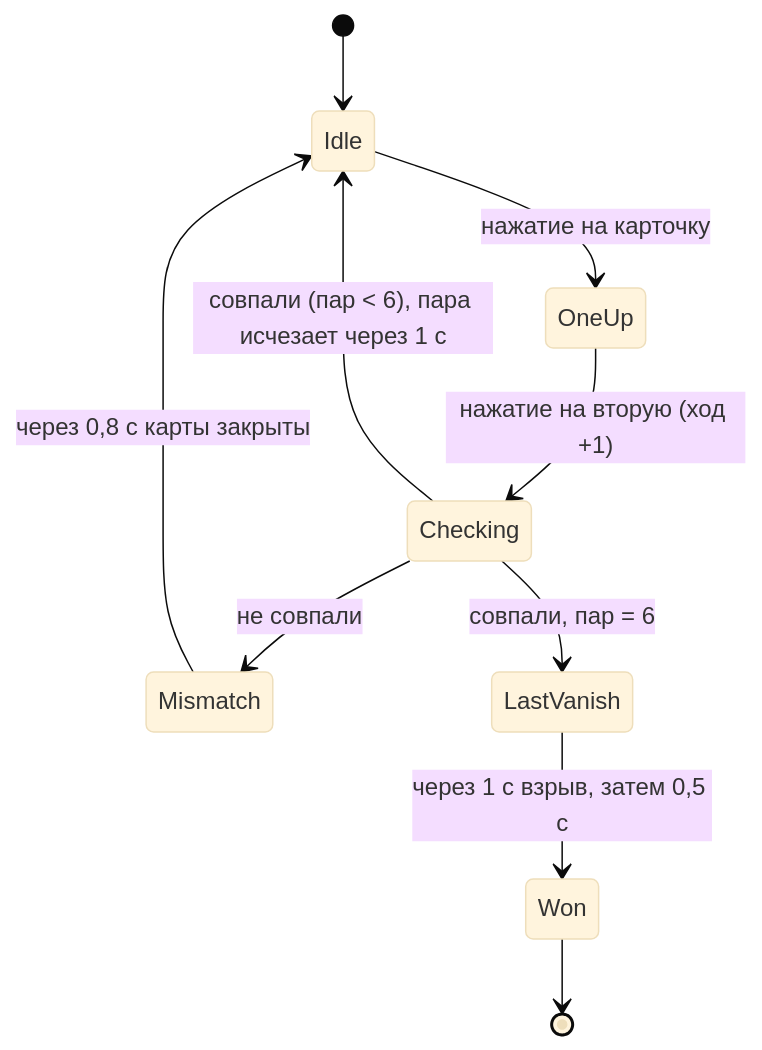
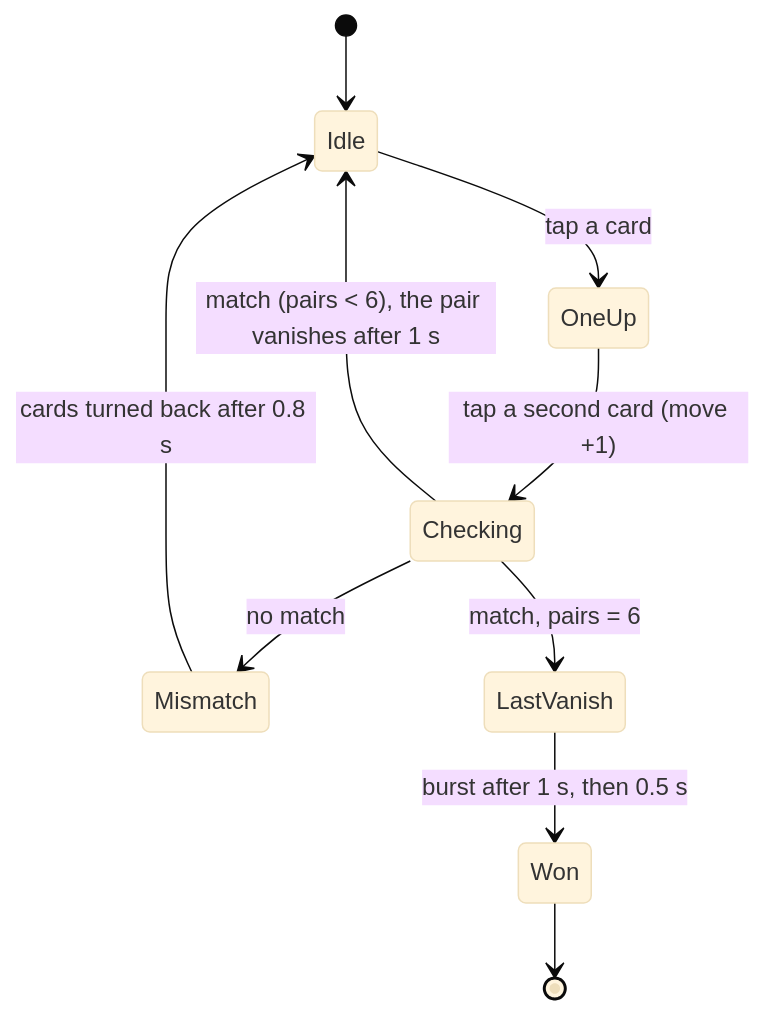
Before and after one commit to Zaidejas/GC26: the second of 2 diagrams in docs/TDD_findepair.md, drawn with Mermaid (base theme). The commit also changed other lines of this file and 13 other files, not shown here.

````diff
--- a/docs/TDD_findepair.md
+++ b/docs/TDD_findepair.md
@@ -170,12 +170,12 @@
 ```mermaid
 stateDiagram-v2
     [*] --> Idle
-    Idle --> OneUp: нажатие на карточку
-    OneUp --> Checking: нажатие на вторую (ход +1)
-    Checking --> Idle: совпали (пар < 6), пара исчезает через 1 с
-    Checking --> Mismatch: не совпали
-    Mismatch --> Idle: через 0,8 с карты закрыты
-    Checking --> LastVanish: совпали, пар = 6
-    LastVanish --> Won: через 1 с взрыв, затем 0,5 с
+    Idle --> OneUp: tap a card
+    OneUp --> Checking: tap a second card (move +1)
+    Checking --> Idle: match (pairs < 6), the pair vanishes after 1 s
+    Checking --> Mismatch: no match
+    Mismatch --> Idle: cards turned back after 0.8 s
+    Checking --> LastVanish: match, pairs = 6
+    LastVanish --> Won: burst after 1 s, then 0.5 s
     Won --> [*]
 ```
````
